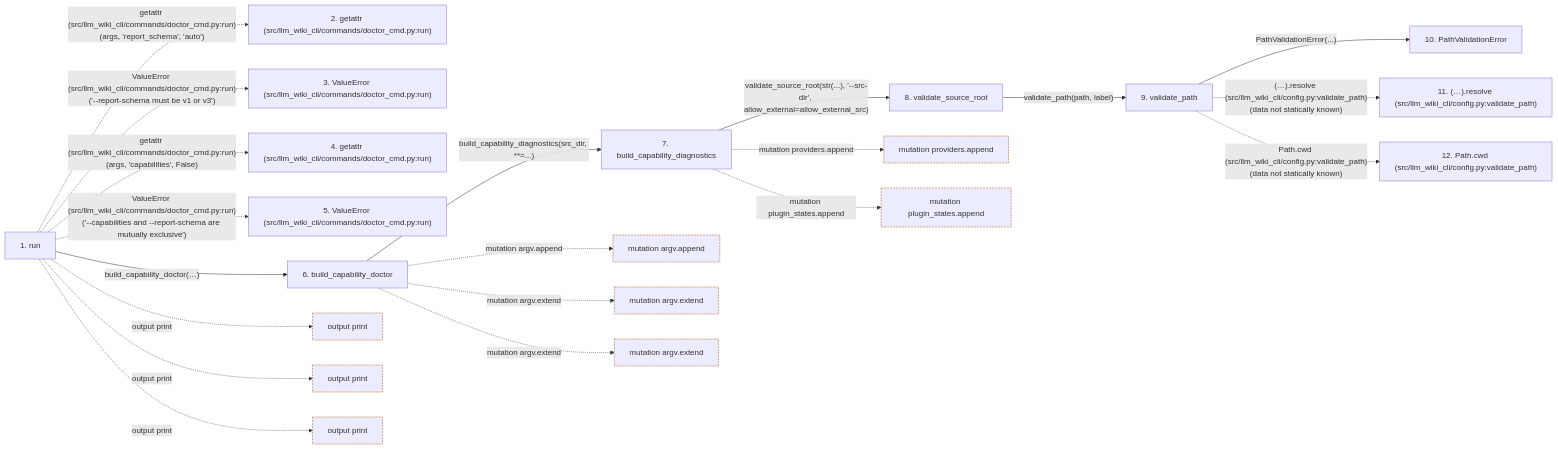
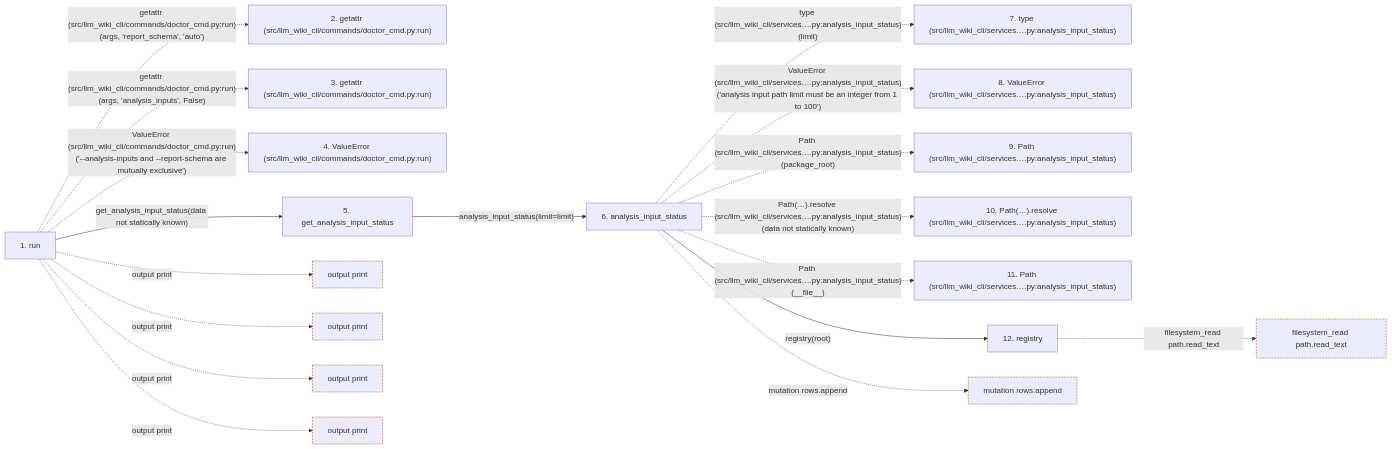
Before and after one commit to Denissvgn/python-wiki-llm: the second of 2 diagrams in docs/llm_wiki/flows/cli-doctor.md, drawn with Mermaid. The commit also changed other lines of this file and 369 other files, not shown here.

Commit message:
docs(wiki): anchor analysis input preflight diagnostics

````diff
--- a/docs/llm_wiki/flows/cli-doctor.md
+++ b/docs/llm_wiki/flows/cli-doctor.md
@@ -146,57 +148,49 @@
 ```mermaid
 flowchart LR
     s1["1. run"]
     s2["2. getattr (src/llm_wiki_cli/commands/doctor_cmd.py:run)"]
-    s3["3. ValueError (src/llm_wiki_cli/commands/doctor_cmd.py:run)"]
-    s4["4. getattr (src/llm_wiki_cli/commands/doctor_cmd.py:run)"]
-    s5["5. ValueError (src/llm_wiki_cli/commands/doctor_cmd.py:run)"]
-    s6["6. build_capability_doctor"]
-    s7["7. build_capability_diagnostics"]
-    s8["8. validate_source_root"]
-    s9["9. validate_path"]
-    s10["10. PathValidationError"]
-    s11["11. (…).resolve (src/llm_wiki_cli/config.py:validate_path)"]
-    s12["12. Path.cwd (src/llm_wiki_cli/config.py:validate_path)"]
+    s3["3. getattr (src/llm_wiki_cli/commands/doctor_cmd.py:run)"]
+    s4["4. ValueError (src/llm_wiki_cli/commands/doctor_cmd.py:run)"]
+    s5["5. get_analysis_input_status"]
+    s6["6. analysis_input_status"]
+    s7["7. type (src/llm_wiki_cli/services….py:analysis_input_status)"]
+    s8["8. ValueError (src/llm_wiki_cli/services….py:analysis_input_status)"]
+    s9["9. Path (src/llm_wiki_cli/services….py:analysis_input_status)"]
+    s10["10. Path(…).resolve (src/llm_wiki_cli/services….py:analysis_input_status)"]
+    s11["11. Path (src/llm_wiki_cli/services….py:analysis_input_status)"]
+    s12["12. registry"]
     s1 -. "getattr (src/llm_wiki_cli/commands/doctor_cmd.py:run)(args, 'report_schema', 'auto')" .-> s2
-    s1 -. "ValueError (src/llm_wiki_cli/commands/doctor_cmd.py:run)('--report-schema must be v1 or v3')" .-> s3
-    s1 -. "getattr (src/llm_wiki_cli/commands/doctor_cmd.py:run)(args, 'capabilities', False)" .-> s4
-    s1 -. "ValueError (src/llm_wiki_cli/commands/doctor_cmd.py:run)('--capabilities and --report-schema are mutually exclusive')" .-> s5
-    s1 -->|"build_capability_doctor(…)"| s6
-    s6 -->|"build_capability_diagnostics(src_dir, **=...)"| s7
-    s7 -->|"validate_source_root(str(...), '--src-dir', allow_external=allow_external_src)"| s8
-    s8 -->|"validate_path(path, label)"| s9
-    s9 -->|"PathValidationError(...)"| s10
-    s9 -. "(…).resolve (src/llm_wiki_cli/config.py:validate_path)(data not statically known)" .-> s11
-    s9 -. "Path.cwd (src/llm_wiki_cli/config.py:validate_path)(data not statically known)" .-> s12
+    s1 -. "getattr (src/llm_wiki_cli/commands/doctor_cmd.py:run)(args, 'analysis_inputs', False)" .-> s3
+    s1 -. "ValueError (src/llm_wiki_cli/commands/doctor_cmd.py:run)('--analysis-inputs and --report-schema are mutually exclusive')" .-> s4
+    s1 -->|"get_analysis_input_status(data not statically known)"| s5
+    s5 -->|"analysis_input_status(limit=limit)"| s6
+    s6 -. "type (src/llm_wiki_cli/services….py:analysis_input_status)(limit)" .-> s7
+    s6 -. "ValueError (src/llm_wiki_cli/services….py:analysis_input_status)('analysis input path limit must be an integer from 1 to 100')" .-> s8
+    s6 -. "Path (src/llm_wiki_cli/services….py:analysis_input_status)(package_root)" .-> s9
+    s6 -. "Path(…).resolve (src/llm_wiki_cli/services….py:analysis_input_status)(data not statically known)" .-> s10
+    s6 -. "Path (src/llm_wiki_cli/services….py:analysis_input_status)(__file__)" .-> s11
+    s6 -->|"registry(root)"| s12
     b0["output print"]
     s1 -. "output print" .-> b0
     b1["output print"]
     s1 -. "output print" .-> b1
     b2["output print"]
     s1 -. "output print" .-> b2
-    b3["mutation argv.append"]
-    s6 -. "mutation argv.append" .-> b3
-    b4["mutation argv.extend"]
-    s6 -. "mutation argv.extend" .-> b4
-    b5["mutation argv.extend"]
-    s6 -. "mutation argv.extend" .-> b5
-    b6["mutation providers.append"]
-    s7 -. "mutation providers.append" .-> b6
-    b7["mutation plugin_states.append"]
-    s7 -. "mutation plugin_states.append" .-> b7
+    b3["output print"]
+    s1 -. "output print" .-> b3
+    b4["mutation rows.append"]
+    s6 -. "mutation rows.append" .-> b4
+    b5["filesystem_read path.read_text"]
+    s12 -. "filesystem_read path.read_text" .-> b5
     click s1 "../modules/doctor_cmd.md"
-    click s6 "../modules/capability_diagnostics.md"
-    click s7 "../modules/capability_diagnostics.md"
-    click s8 "../modules/config.md"
-    click s9 "../modules/config.md"
-    click s10 "../modules/config.md"
+    click s5 "../modules/api.md"
+    click s6 "../modules/analysis_capture.md"
+    click s12 "../modules/analysis_capture.md"
     classDef boundary stroke:#b45309,stroke-dasharray: 4 2
     class b0 boundary
     class b1 boundary
     class b2 boundary
     class b3 boundary
     class b4 boundary
     class b5 boundary
-    class b6 boundary
-    class b7 boundary
 ```
````
